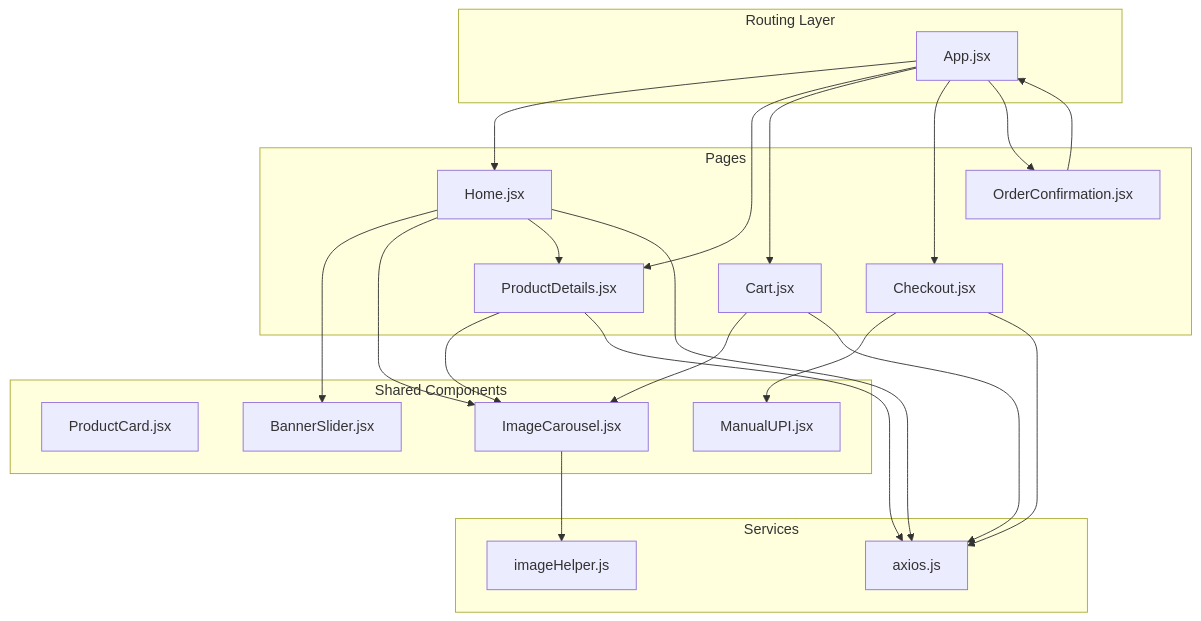
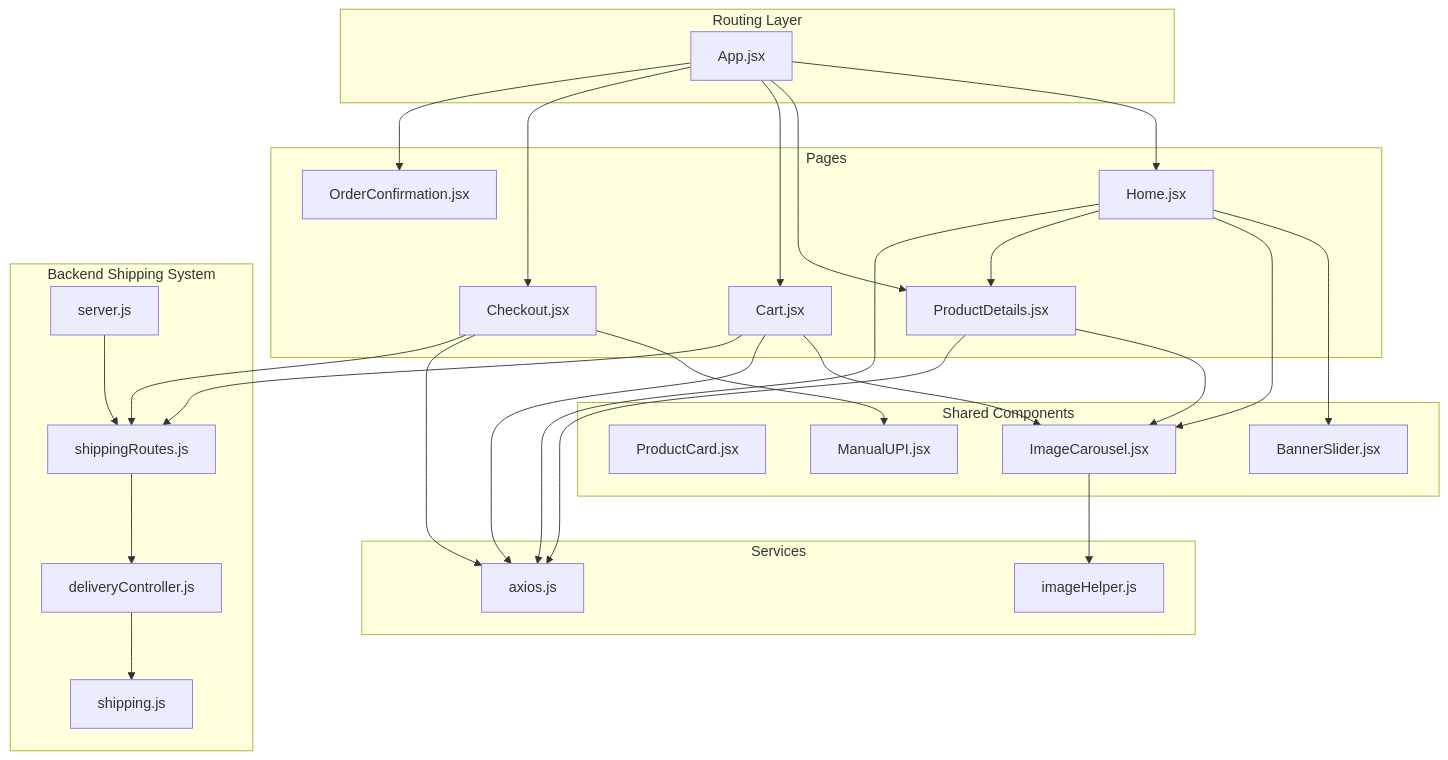
Before and after one commit to Pavan-PSPK9032/TrendsandToss: the first of 9 diagrams in .qoder/repowiki/en/content/Shopping Experience/Shopping Experience.md, drawn with Mermaid. The commit also changed other lines of this file and 16 other files, not shown here.

````diff
--- a/.qoder/repowiki/en/content/Shopping Experience/Shopping Experience.md
+++ b/.qoder/repowiki/en/content/Shopping Experience/Shopping Experience.md
@@ -41,40 +54,50 @@
 ```mermaid
 graph TB
 subgraph "Routing Layer"
 APP["App.jsx"]
 end
 subgraph "Pages"
 HOME["Home.jsx"]
 PDP["ProductDetails.jsx"]
 CART["Cart.jsx"]
 CHECKOUT["Checkout.jsx"]
 CONFIRM["OrderConfirmation.jsx"]
 end
 subgraph "Shared Components"
 PCARD["ProductCard.jsx"]
 CAROUSEL["ImageCarousel.jsx"]
 BANNER["BannerSlider.jsx"]
 UPI["ManualUPI.jsx"]
 end
 subgraph "Services"
 AXIOS["axios.js"]
 IMGHELP["imageHelper.js"]
 end
+subgraph "Backend Shipping System"
+SHIPROUTES["shippingRoutes.js"]
+DELIVERYCTRL["deliveryController.js"]
+SHIPCONFIG["shipping.js"]
+SERVER["server.js"]
+end
 APP --> HOME
 APP --> PDP
 APP --> CART
 APP --> CHECKOUT
 APP --> CONFIRM
 HOME --> BANNER
 HOME --> CAROUSEL
 HOME --> PDP
 PDP --> CAROUSEL
 CART --> CAROUSEL
 CHECKOUT --> UPI
 HOME --> AXIOS
 PDP --> AXIOS
 CART --> AXIOS
 CHECKOUT --> AXIOS
-CONFIRM --> APP
+CART --> SHIPROUTES
+CHECKOUT --> SHIPROUTES
+SHIPROUTES --> DELIVERYCTRL
+DELIVERYCTRL --> SHIPCONFIG
+SERVER --> SHIPROUTES
 CAROUSEL --> IMGHELP
 ```
````
